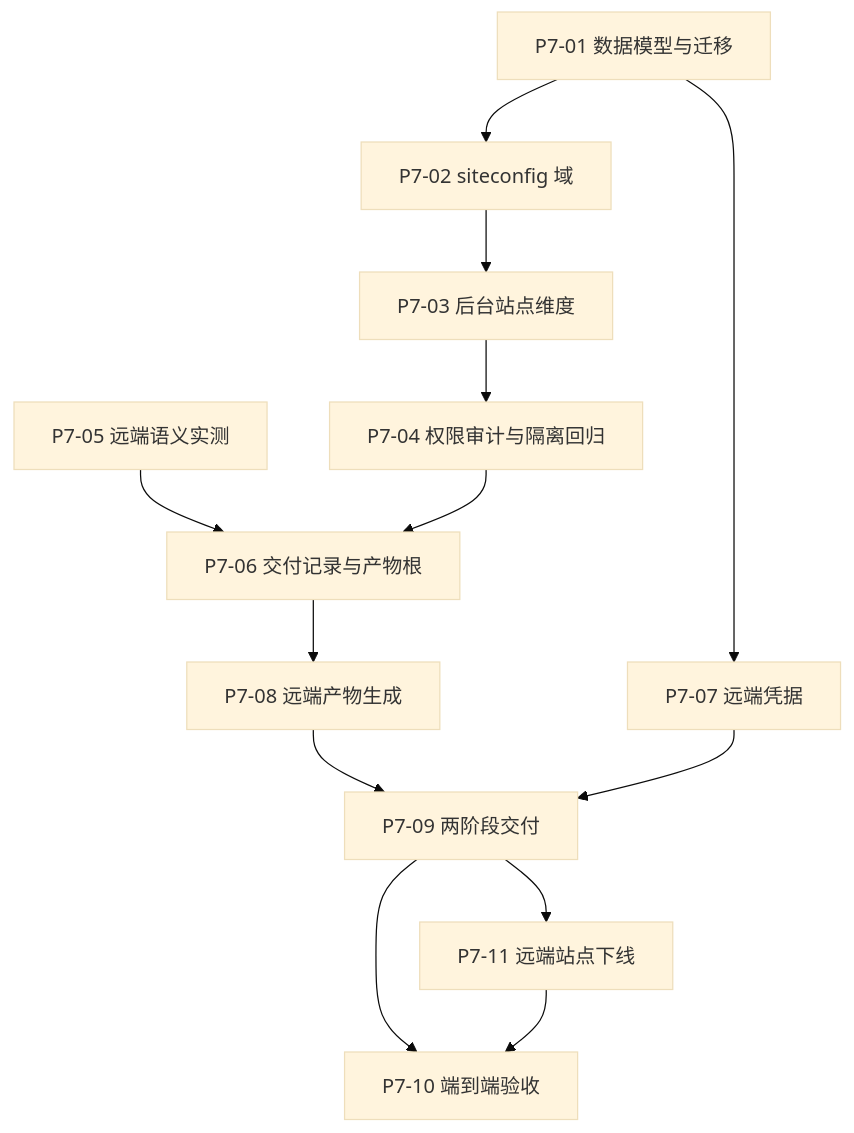
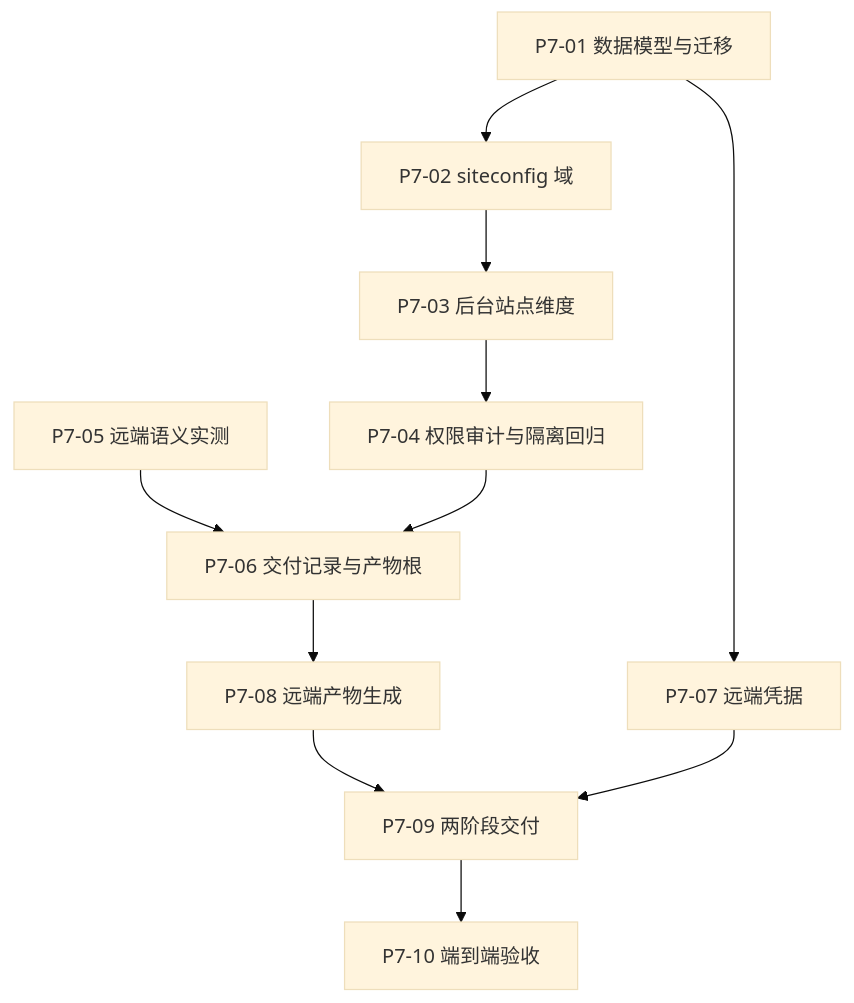
The diagram in docs/tickets/phase-7/README.md (EziosWJ/cms-golang-astro), drawn with Mermaid (base theme) before and after one commit. The commit also changed other lines of this file and 4 other files, not shown here.

````diff
--- a/docs/tickets/phase-7/README.md
+++ b/docs/tickets/phase-7/README.md
@@ -43,23 +42,20 @@
 ```mermaid
 flowchart TD
   T1["P7-01 数据模型与迁移"]
   T2["P7-02 siteconfig 域"]
   T3["P7-03 后台站点维度"]
   T4["P7-04 权限审计与隔离回归"]
   T5["P7-05 远端语义实测"]
   T6["P7-06 交付记录与产物根"]
   T7["P7-07 远端凭据"]
   T8["P7-08 远端产物生成"]
   T9["P7-09 两阶段交付"]
-  T11["P7-11 远端站点下线"]
   T10["P7-10 端到端验收"]
   T1 --> T2 --> T3 --> T4
   T5 --> T6
   T4 --> T6
   T1 --> T7
   T6 --> T8 --> T9
   T7 --> T9
-  T9 --> T11
   T9 --> T10
-  T11 --> T10
 ```
````
